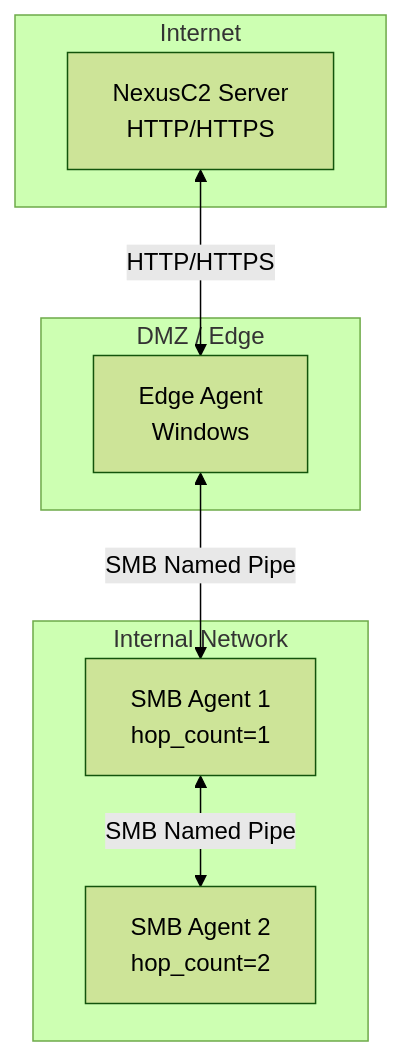
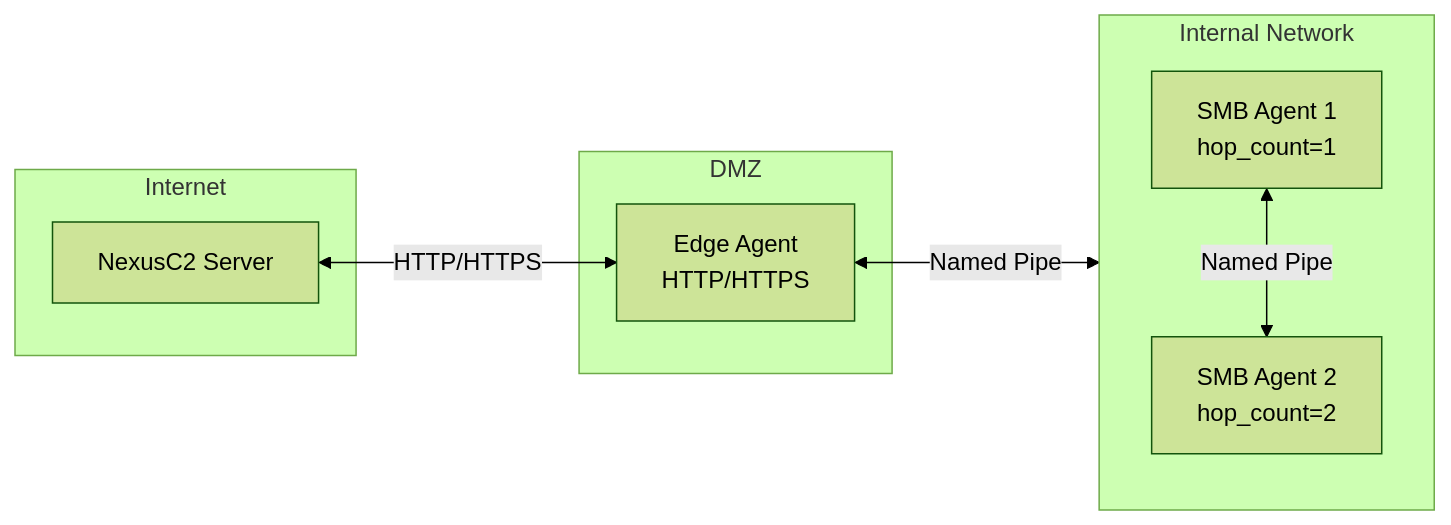
Before and after one commit to seahop/NexusC2: the first of 3 diagrams in website/content/docs/linked-agents.md, drawn with Mermaid (forest theme). The commit also changed other lines of this file and 21 other files, not shown here.

```diff
--- a/website/content/docs/linked-agents.md
+++ b/website/content/docs/linked-agents.md
@@ -23,19 +23,20 @@
 {{< mermaid >}}
-flowchart TB
+flowchart LR
     subgraph Internet["Internet"]
-        SRV[NexusC2 Server<br/>HTTP/HTTPS]
+        SRV[NexusC2 Server]
     end
 
-    subgraph DMZ["DMZ / Edge"]
-        EDGE[Edge Agent<br/>Windows]
+    subgraph DMZ["DMZ"]
+        EDGE[Edge Agent<br/>HTTP/HTTPS]
     end
 
     subgraph Internal["Internal Network"]
+        direction TB
         SMB1[SMB Agent 1<br/>hop_count=1]
         SMB2[SMB Agent 2<br/>hop_count=2]
+        SMB1 <-->|Named Pipe| SMB2
     end
 
     SRV <-->|HTTP/HTTPS| EDGE
-    EDGE <-->|SMB Named Pipe| SMB1
-    SMB1 <-->|SMB Named Pipe| SMB2
+    EDGE <-->|Named Pipe| SMB1
 {{< /mermaid >}}
```
